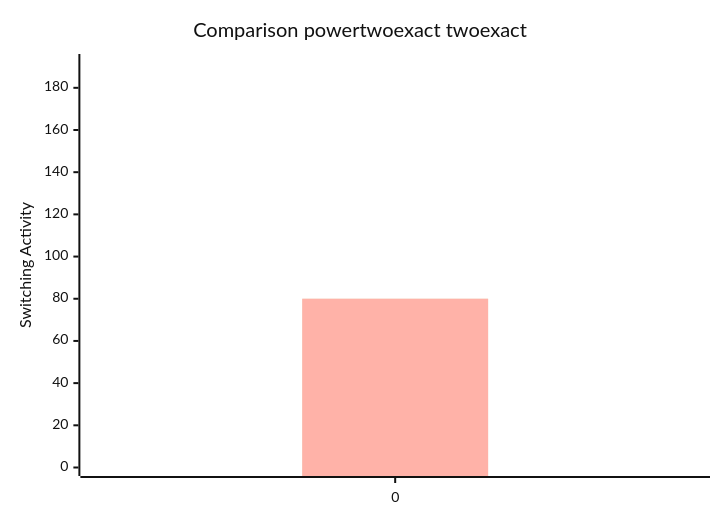
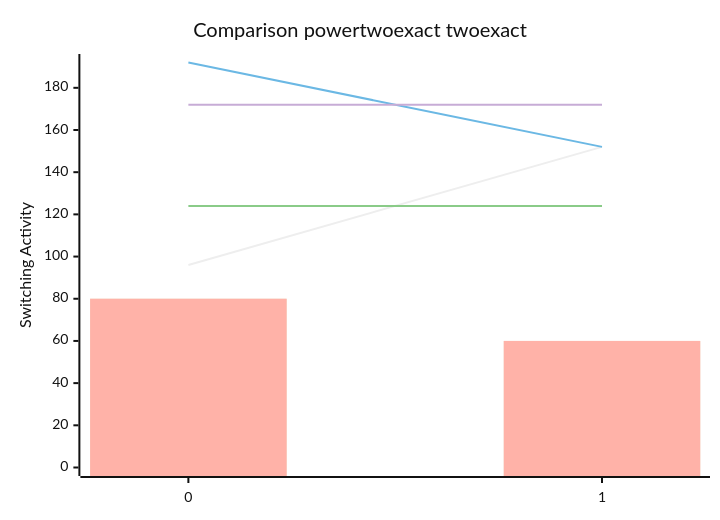
Before and after one commit to FeldmeierMichael/Exact-Power-Synthesis: the diagram in benchmark.md, drawn with Mermaid (neutral theme). The commit also changed other lines of this file and 2 other files, not shown here.

````diff
--- a/benchmark.md
+++ b/benchmark.md
@@ -3,12 +5,12 @@
 ```mermaid
 xychart-beta
     title "Comparison powertwoexact twoexact"
-    x-axis [0]
+    x-axis [0, 1]
     y-axis "Switching Activity" 0-->192
-    line [96]
-    line [192]
-    line [96.0]
-    line [192.0]
-    bar [80]
-    bar [80]
+    line [96, 152]
+    line [192, 152]
+    line [124.0, 124.0]
+    line [172.0, 172.0]
+    bar [80, 60]
+    bar [80, 60]
 ```
````
